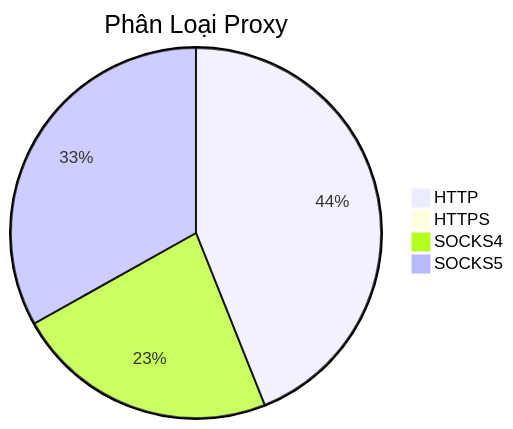
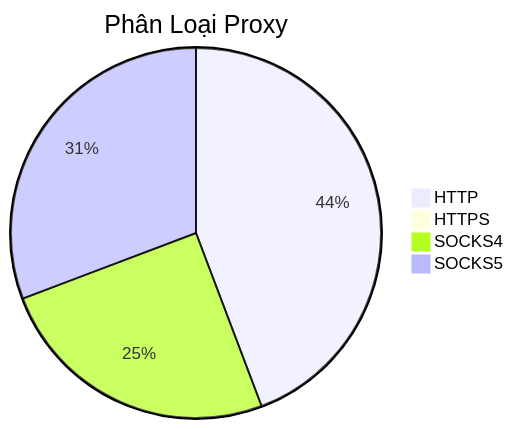
Before and after one commit to Ciara-12/PROXY-free: the diagram in README.md, drawn with Mermaid. The commit also changed other lines of this file and 4 other files, not shown here.

````diff
--- a/README.md
+++ b/README.md
@@ -26,7 +26,7 @@
 ```mermaid
 pie title Phân Loại Proxy
-    "HTTP" : 418
-    "HTTPS" : 4
-    "SOCKS4" : 218
-    "SOCKS5" : 315
+    "HTTP" : 430
+    "HTTPS" : 5
+    "SOCKS4" : 243
+    "SOCKS5" : 299
 ```
````
